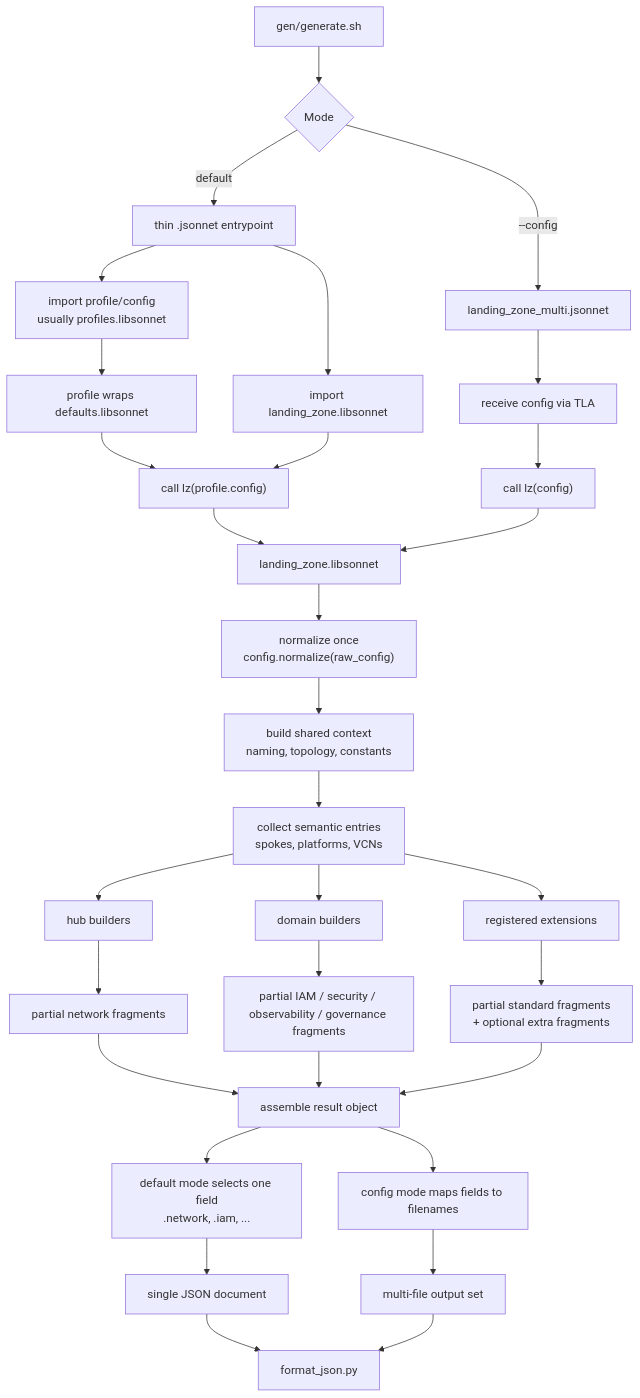
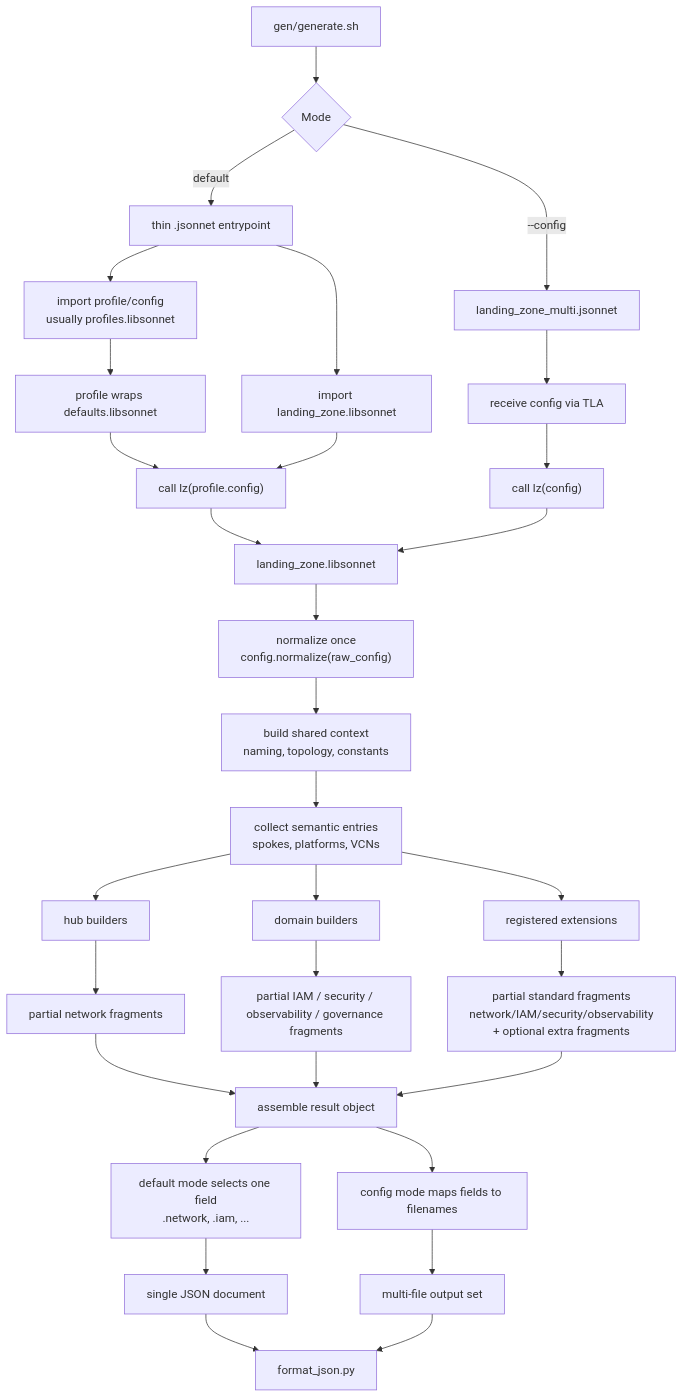
The diagram in gen/JSONNET_COMPOSITION.md (oci-landing-zones/oci-landing-zone-operating-entities), drawn with Mermaid before and after one commit. The commit also changed other lines of this file and 95 other files, not shown here.

````diff
--- a/gen/JSONNET_COMPOSITION.md
+++ b/gen/JSONNET_COMPOSITION.md
@@ -29,43 +29,43 @@
 ```mermaid
 flowchart TD
     A["gen/generate.sh"] --> B{Mode}
 
     B -->|default| C["thin .jsonnet entrypoint"]
     B -->|--config| D["landing_zone_multi.jsonnet"]
 
     C --> E["import profile/config<br/>usually profiles.libsonnet"]
     E --> F["profile wraps defaults.libsonnet"]
     C --> G["import landing_zone.libsonnet"]
     F --> H["call lz(profile.config)"]
     G --> H
 
     D --> I["receive config via TLA"]
     I --> J["call lz(config)"]
 
     H --> K["landing_zone.libsonnet"]
     J --> K
 
     K --> L["normalize once<br/>config.normalize(raw_config)"]
     L --> M["build shared context<br/>naming, topology, constants"]
     M --> N["collect semantic entries<br/>spokes, platforms, VCNs"]
     N --> O["hub builders"]
     N --> P["domain builders"]
     N --> Q["registered extensions"]
 
     O --> R["partial network fragments"]
     P --> S["partial IAM / security / observability / governance fragments"]
-    Q --> T["partial standard fragments<br/>+ optional extra fragments"]
+    Q --> T["partial standard fragments<br/>network/IAM/security/observability<br/>+ optional extra fragments"]
 
     R --> U["assemble result object"]
     S --> U
     T --> U
 
     U --> V["default mode selects one field<br/>.network, .iam, ..."]
     U --> W["config mode maps fields to filenames"]
 
     V --> X["single JSON document"]
     W --> Y["multi-file output set"]
 
     X --> Z["format_json.py"]
     Y --> Z
 ```
````
